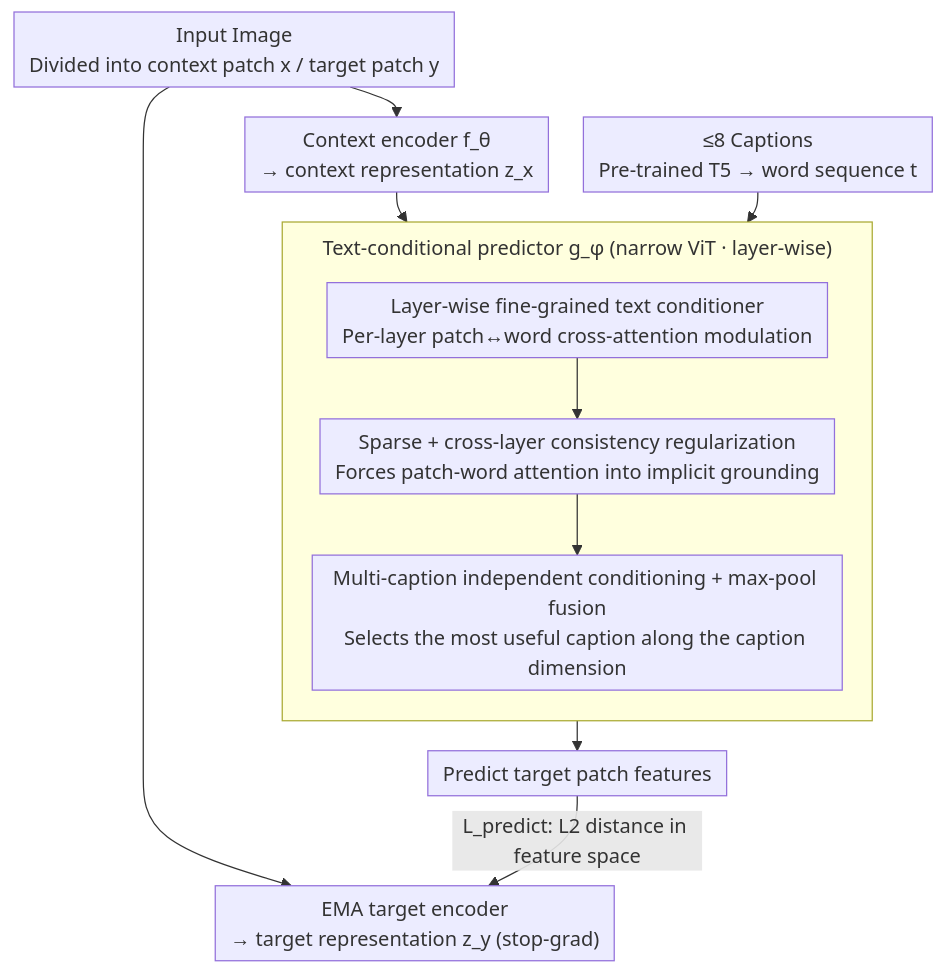
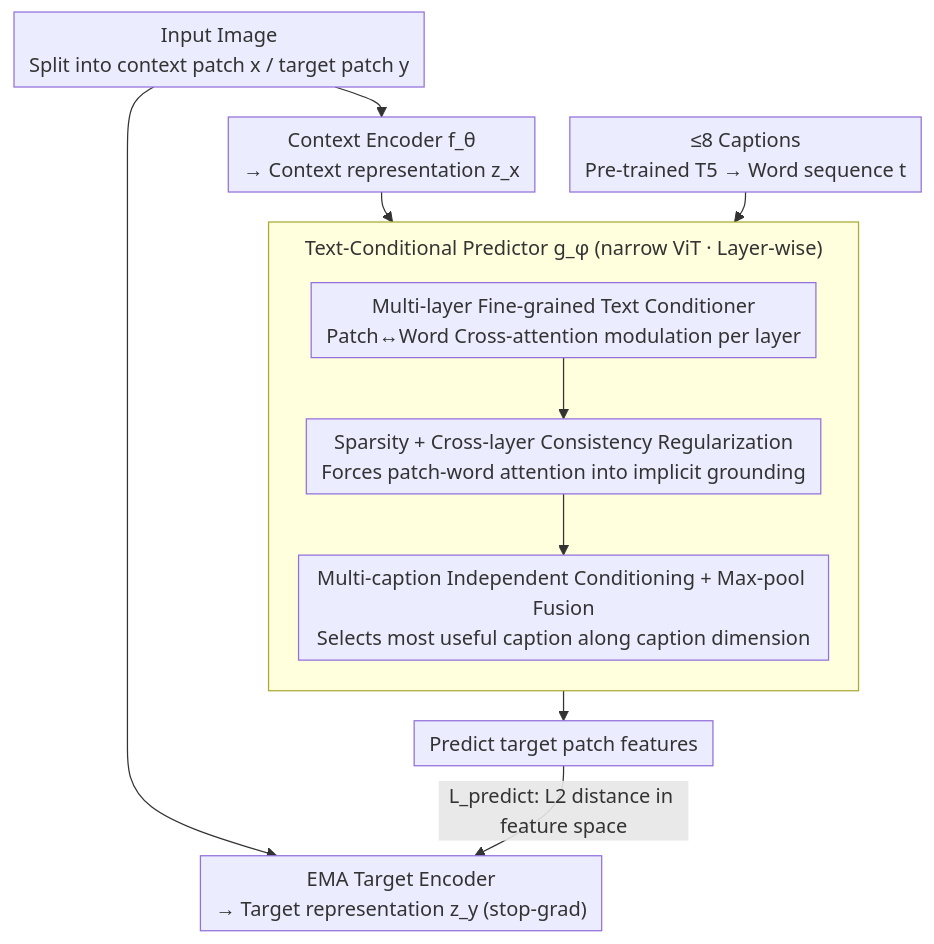
The diagram in docs/ICML2026/multimodal_vlm/text-conditional_jepa_for_learning_semantically_rich_visual_representations.md (zhaoyang97/Paper-Notes-en), drawn with Mermaid before and after one commit. The commit also changed other lines of this file and 5084 other files, not shown here.

````diff
--- a/docs/ICML2026/multimodal_vlm/text-conditional_jepa_for_learning_semantically_rich_visual_representations.md
+++ b/docs/ICML2026/multimodal_vlm/text-conditional_jepa_for_learning_semantically_rich_visual_representations.md
@@ -43,21 +43,21 @@
 ```mermaid
 %%{init: {'flowchart': {'rankSpacing': 24, 'nodeSpacing': 28, 'padding': 6, 'wrappingWidth': 400, 'subGraphTitleMargin': {'top': 8, 'bottom': 16}}}}%%
 flowchart TD
-    IMG["Input Image<br/>Divided into context patch x / target patch y"]
-    CAP["≤8 Captions<br/>Pre-trained T5 → word sequence t"]
-    IMG --> CE["Context encoder f_θ<br/>→ context representation z_x"]
-    IMG --> TE["EMA target encoder<br/>→ target representation z_y (stop-grad)"]
+    IMG["Input Image<br/>Split into context patch x / target patch y"]
+    CAP["≤8 Captions<br/>Pre-trained T5 → Word sequence t"]
+    IMG --> CE["Context Encoder f_θ<br/>→ Context representation z_x"]
+    IMG --> TE["EMA Target Encoder<br/>→ Target representation z_y (stop-grad)"]
 
-    subgraph PRED["Text-conditional predictor g_φ (narrow ViT · layer-wise)"]
+    subgraph PRED["Text-Conditional Predictor g_φ (narrow ViT · Layer-wise)"]
         direction TB
-        D1["Layer-wise fine-grained text conditioner<br/>Per-layer patch↔word cross-attention modulation"]
-        D2["Sparse + cross-layer consistency regularization<br/>Forces patch-word attention into implicit grounding"]
-        D3["Multi-caption independent conditioning + max-pool fusion<br/>Selects the most useful caption along the caption dimension"]
+        D1["Multi-layer Fine-grained Text Conditioner<br/>Patch↔Word Cross-attention modulation per layer"]
+        D2["Sparsity + Cross-layer Consistency Regularization<br/>Forces patch-word attention into implicit grounding"]
+        D3["Multi-caption Independent Conditioning + Max-pool Fusion<br/>Selects most useful caption along caption dimension"]
         D1 --> D2 --> D3
     end
 
     CE --> D1
     CAP --> D1
     D3 --> PY["Predict target patch features"]
     PY -->|"L_predict: L2 distance in feature space"| TE
 ```
````
